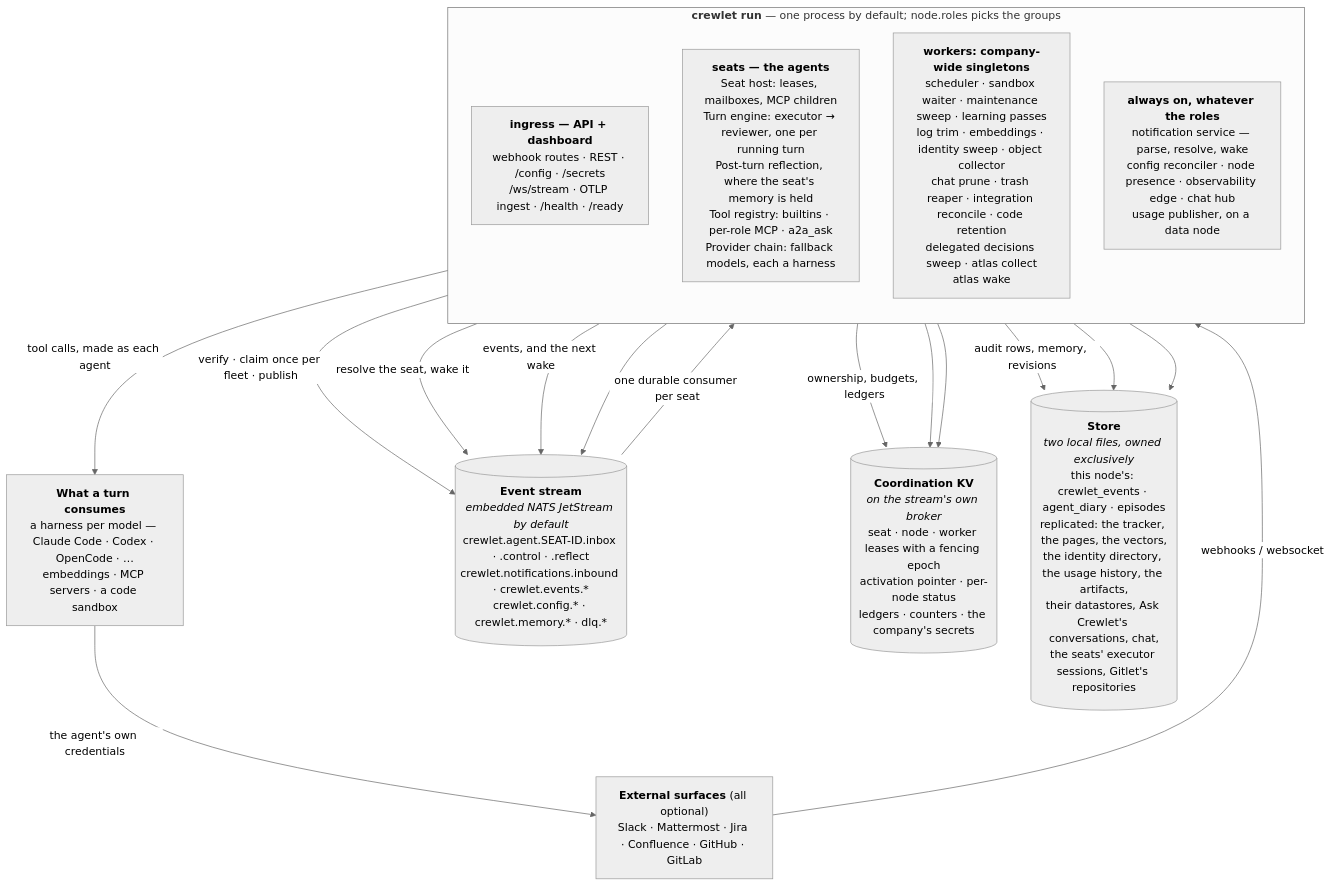
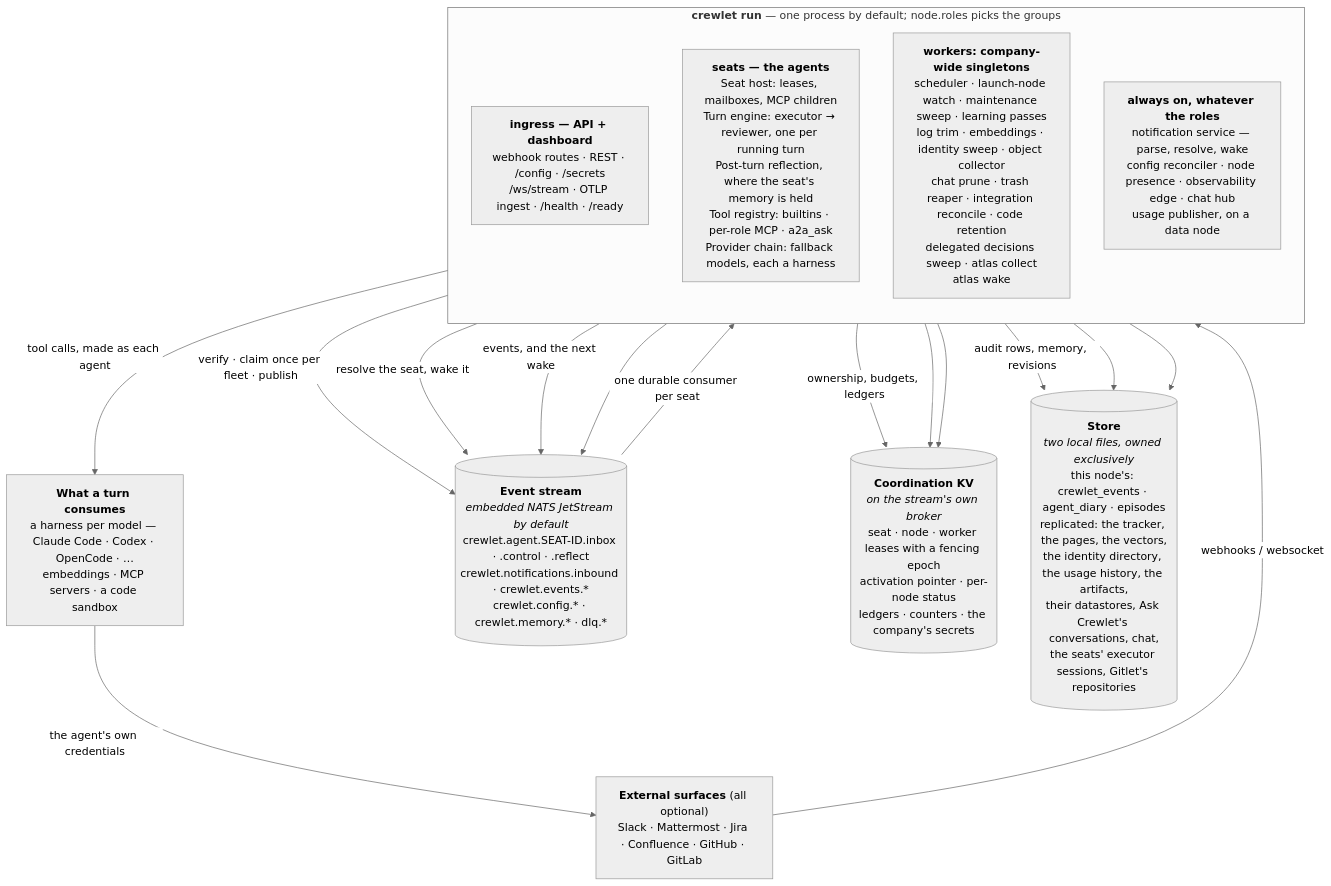
One commit to crewlet/crewlet changed the diagram in docs/concepts/overview.md. Above: the diagram before and after it, drawn with Mermaid (neutral theme). The commit also changed 371 other files, not shown here.

````diff
--- a/docs/concepts/overview.md
+++ b/docs/concepts/overview.md
@@ -54,32 +54,32 @@
 ```mermaid
 flowchart TB
     EXT["<b>External surfaces</b> (all optional)<br/>Slack · Mattermost · Jira · Confluence · GitHub · GitLab"]
     SUPPLY["<b>What a turn consumes</b><br/>a harness per model — Claude Code · Codex · OpenCode · …<br/>embeddings · MCP servers · a code sandbox"]
 
     subgraph proc["<b>crewlet run</b> — one process by default; node.roles picks the groups"]
         direction TB
         API["<b>ingress — API + dashboard</b><br/>webhook routes · REST · /config · /secrets<br/>/ws/stream · OTLP ingest · /health · /ready"]
         SEAT["<b>seats — the agents</b><br/>Seat host: leases, mailboxes, MCP children<br/>Turn engine: executor → reviewer, one per running turn<br/>Post-turn reflection, where the seat's memory is held<br/>Tool registry: builtins · per-role MCP · a2a_ask<br/>Provider chain: fallback models, each a harness"]
-        DUTY["<b>workers: company-wide singletons</b><br/>scheduler · sandbox waiter · maintenance sweep · learning passes<br/>log trim · embeddings · identity sweep · object collector<br/>chat prune · trash reaper · integration reconcile · code retention<br/>delegated decisions sweep · atlas collect<br/>atlas wake"]
+        DUTY["<b>workers: company-wide singletons</b><br/>scheduler · launch-node watch · maintenance sweep · learning passes<br/>log trim · embeddings · identity sweep · object collector<br/>chat prune · trash reaper · integration reconcile · code retention<br/>delegated decisions sweep · atlas collect<br/>atlas wake"]
         CORE["<b>always on, whatever the roles</b><br/>notification service — parse, resolve, wake<br/>config reconciler · node presence · observability edge · chat hub<br/>usage publisher, on a data node"]
     end
 
     STREAM[("<b>Event stream</b><br/><i>embedded NATS JetStream by default</i><br/>crewlet.agent.SEAT-ID.inbox · .control · .reflect<br/>crewlet.notifications.inbound · crewlet.events.*<br/>crewlet.config.* · crewlet.memory.* · dlq.*")]
     KV[("<b>Coordination KV</b><br/><i>on the stream's own broker</i><br/>seat · node · worker leases with a fencing epoch<br/>activation pointer · per-node status<br/>ledgers · counters · the company's secrets")]
     DB[("<b>Store</b><br/><i>two local files, owned exclusively</i><br/>this node's: crewlet_events · agent_diary · episodes<br/>replicated: the tracker, the pages, the vectors,<br/>the identity directory, the usage history, the artifacts,<br/>their datastores, Ask Crewlet's conversations, chat,<br/>the seats' executor sessions, Gitlet's repositories")]
 
     EXT -->|"webhooks / websocket"| API
     API -->|"verify · claim once per fleet · publish"| STREAM
     CORE -->|"resolve the seat, wake it"| STREAM
     STREAM -->|"one durable consumer per seat"| SEAT
     SEAT -->|"tool calls, made as each agent"| SUPPLY
     SUPPLY -->|"the agent's own credentials"| EXT
     SEAT -->|"events, and the next wake"| STREAM
     DUTY --> STREAM
     SEAT -->|"ownership, budgets, ledgers"| KV
     CORE --> KV
     DUTY --> KV
     SEAT -->|"audit rows, memory, revisions"| DB
     CORE --> DB
     API --> DB
 ```
````
